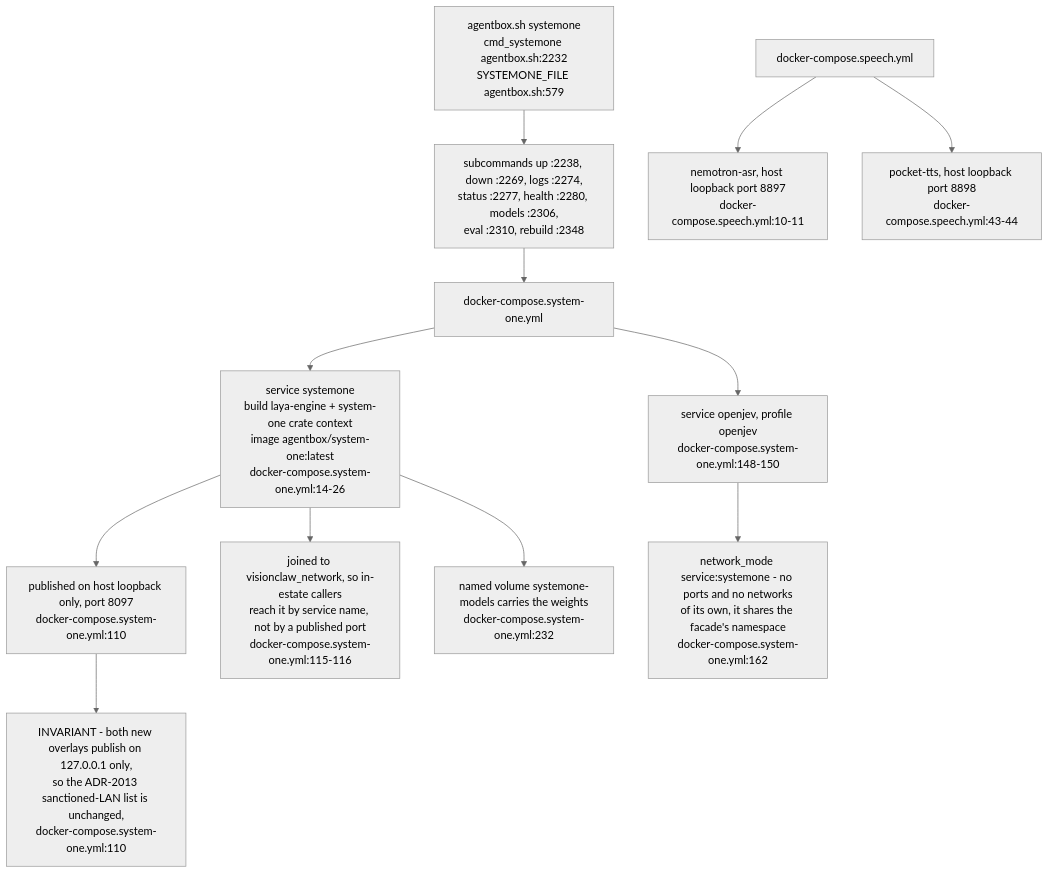
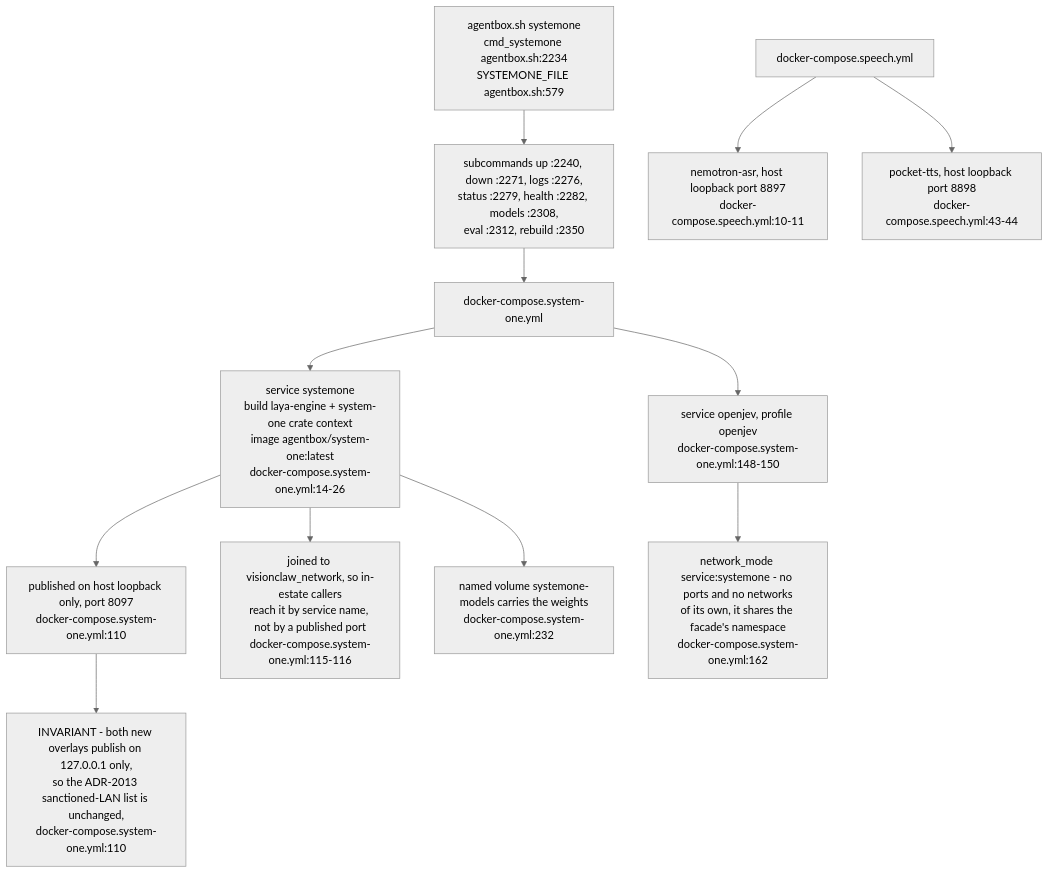
The tenth of 11 diagrams in docs/diagrams/agentbox/06-sidecars-and-compose-overlays.md (DreamLab-AI/VisionFlow), drawn with Mermaid (neutral theme) before and after one commit. The commit also changed other lines of this file and 94 other files, not shown here.

First line of the commit message:
docs(diagrams): re-verify 130 topics against 2 October HEADs

````diff
--- a/docs/diagrams/agentbox/06-sidecars-and-compose-overlays.md
+++ b/docs/diagrams/agentbox/06-sidecars-and-compose-overlays.md
@@ -282,18 +283,18 @@
 ```mermaid
 flowchart TB
-    CLI["agentbox.sh systemone<br/>cmd_systemone agentbox.sh:2232<br/>SYSTEMONE_FILE agentbox.sh:579"] --> SUB["subcommands up :2238, down :2269, logs :2274,<br/>status :2277, health :2280, models :2306,<br/>eval :2310, rebuild :2348"]
+    CLI["agentbox.sh systemone<br/>cmd_systemone agentbox.sh:2234<br/>SYSTEMONE_FILE agentbox.sh:579"] --> SUB["subcommands up :2240, down :2271, logs :2276,<br/>status :2279, health :2282, models :2308,<br/>eval :2312, rebuild :2350"]
     SUB --> COMPOSE["docker-compose.system-one.yml"]
 
     COMPOSE --> FACADE["service systemone<br/>build laya-engine + system-one crate context<br/>image agentbox/system-one:latest<br/>docker-compose.system-one.yml:14-26"]
     FACADE --> PUB["published on host loopback only, port 8097<br/>docker-compose.system-one.yml:110"]
     FACADE --> NET["joined to visionclaw_network, so in-estate callers<br/>reach it by service name, not by a published port<br/>docker-compose.system-one.yml:115-116"]
     FACADE --> VOL["named volume systemone-models carries the weights<br/>docker-compose.system-one.yml:232"]
 
     COMPOSE --> ENGINE["service openjev, profile openjev<br/>docker-compose.system-one.yml:148-150"]
     ENGINE --> NM["network_mode service:systemone - no ports and no networks<br/>of its own, it shares the facade's namespace<br/>docker-compose.system-one.yml:162"]
 
     SPEECH["docker-compose.speech.yml"] --> ASR["nemotron-asr, host loopback port 8897<br/>docker-compose.speech.yml:10-11"]
     SPEECH --> TTS["pocket-tts, host loopback port 8898<br/>docker-compose.speech.yml:43-44"]
 
     PUB --> INV["INVARIANT - both new overlays publish on 127.0.0.1 only,<br/>so the ADR-2013 sanctioned-LAN list is unchanged,<br/>docker-compose.system-one.yml:110"]
 ```
````
